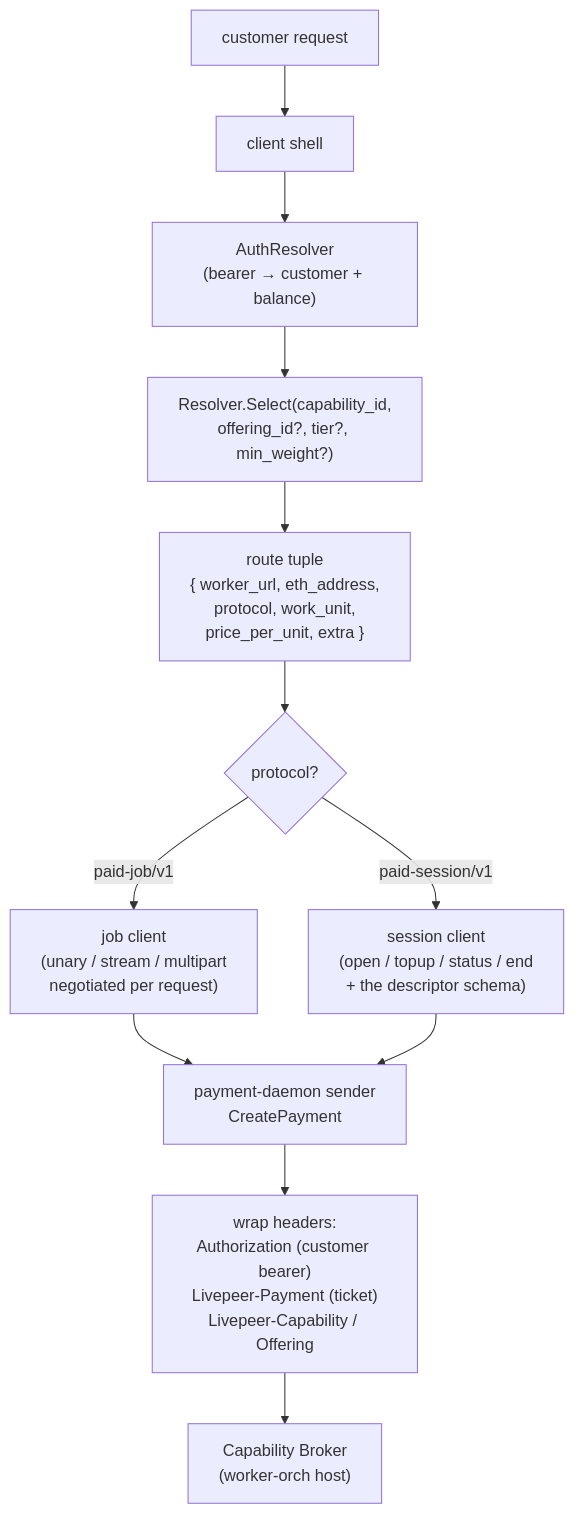
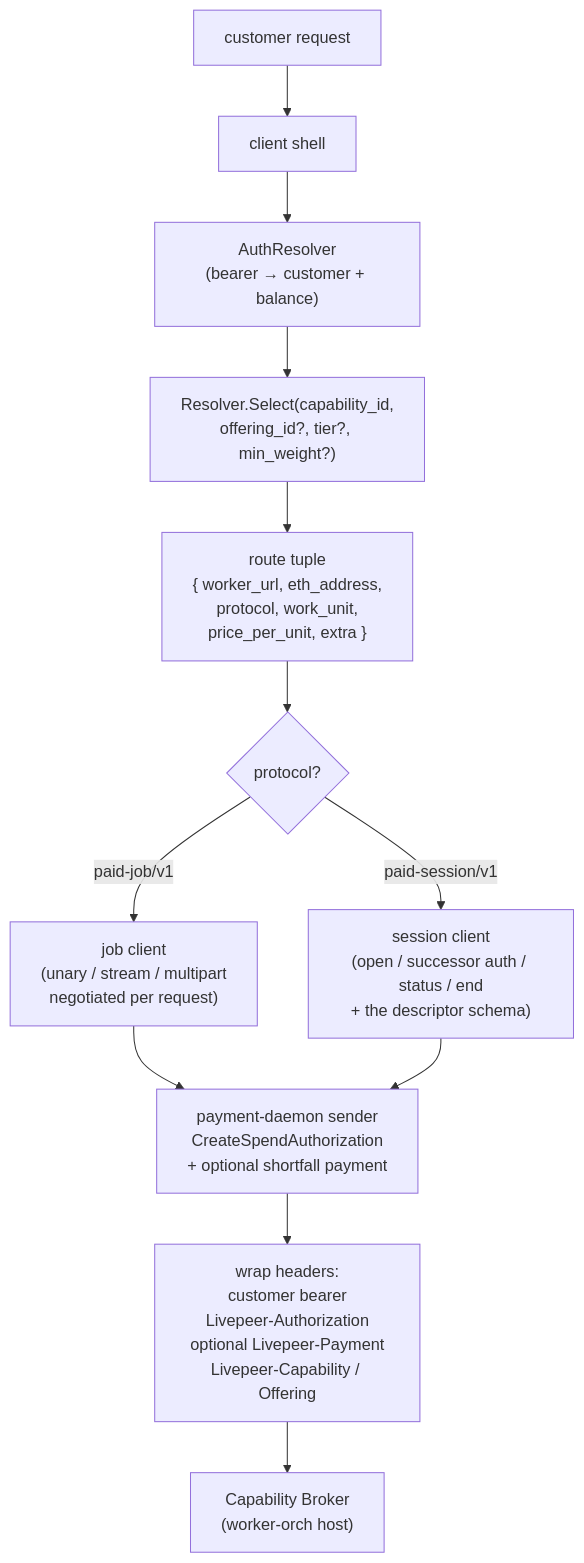
The eighth of 9 diagrams in docs/design-docs/architecture-overview.md (Cloud-SPE/livepeer-network-modules), drawn with Mermaid before and after one commit. The commit also changed other lines of this file and 113 other files, not shown here.

Commit message:
feat: require wholesale spend authorization for paid work

````diff
--- a/docs/design-docs/architecture-overview.md
+++ b/docs/design-docs/architecture-overview.md
@@ -887,17 +887,17 @@
 ```mermaid
 flowchart TD
     Cust["customer request"] --> Shell["client shell"]
     Shell --> Auth["AuthResolver<br/>(bearer → customer + balance)"]
     Auth --> Resolve["Resolver.Select(capability_id,<br/>offering_id?, tier?, min_weight?)"]
     Resolve --> Tuple["route tuple<br/>{ worker_url, eth_address,<br/>protocol, work_unit,<br/>price_per_unit, extra }"]
     Tuple --> ProtoSwitch{protocol?}
 
     ProtoSwitch -->|paid-job/v1| A1["job client<br/>(unary / stream / multipart<br/>negotiated per request)"]
-    ProtoSwitch -->|paid-session/v1| A2["session client<br/>(open / topup / status / end<br/>+ the descriptor schema)"]
+    ProtoSwitch -->|paid-session/v1| A2["session client<br/>(open / successor auth / status / end<br/>+ the descriptor schema)"]
 
-    A1 --> Sender["payment-daemon sender<br/>CreatePayment"]
+    A1 --> Sender["payment-daemon sender<br/>CreateSpendAuthorization<br/>+ optional shortfall payment"]
     A2 --> Sender
 
-    Sender --> Wrap["wrap headers:<br/>Authorization (customer bearer)<br/>Livepeer-Payment (ticket)<br/>Livepeer-Capability / Offering"]
+    Sender --> Wrap["wrap headers:<br/>customer bearer<br/>Livepeer-Authorization<br/>optional Livepeer-Payment<br/>Livepeer-Capability / Offering"]
     Wrap --> Broker["Capability Broker<br/>(worker-orch host)"]
 ```
````
